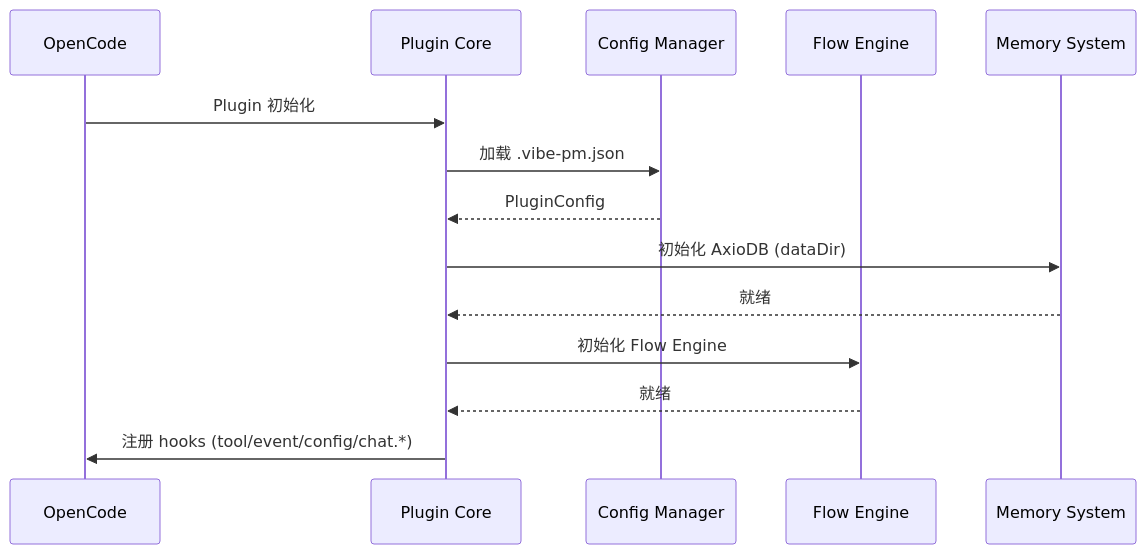
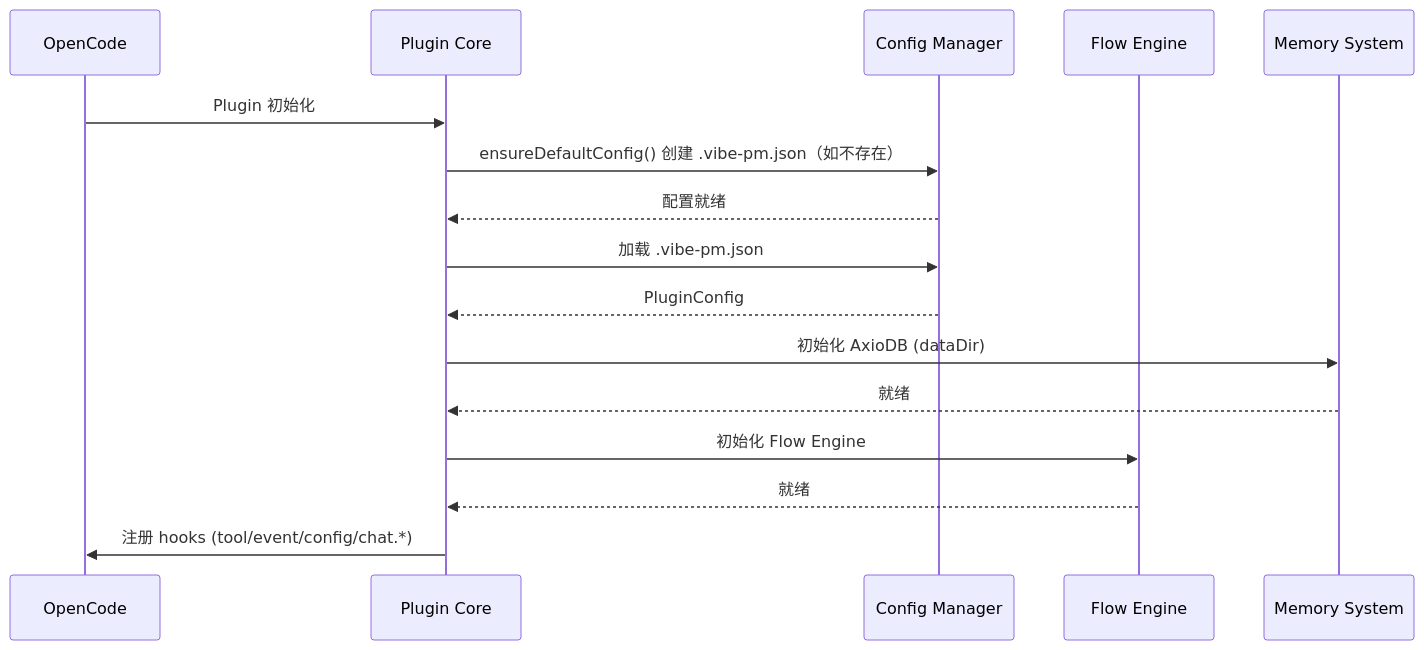
Before and after one commit to hank-cp/opencode-vibe-pm: the first of 2 diagrams in docs/spec/vibe-pm-plugin-core.md, drawn with Mermaid. The commit also changed other lines of this file and 6 other files, not shown here.

````diff
--- a/docs/spec/vibe-pm-plugin-core.md
+++ b/docs/spec/vibe-pm-plugin-core.md
@@ -29,17 +29,19 @@
 ```mermaid
 sequenceDiagram
     participant OC as OpenCode
     participant PC as Plugin Core
     participant Config as Config Manager
     participant Engine as Flow Engine
     participant Memory as Memory System
 
     OC->>PC: Plugin 初始化
+    PC->>Config: ensureDefaultConfig() 创建 .vibe-pm.json（如不存在）
+    Config-->>PC: 配置就绪
     PC->>Config: 加载 .vibe-pm.json
     Config-->>PC: PluginConfig
     PC->>Memory: 初始化 AxioDB (dataDir)
     Memory-->>PC: 就绪
     PC->>Engine: 初始化 Flow Engine
     Engine-->>PC: 就绪
     PC->>OC: 注册 hooks (tool/event/config/chat.*)
 ```
````
